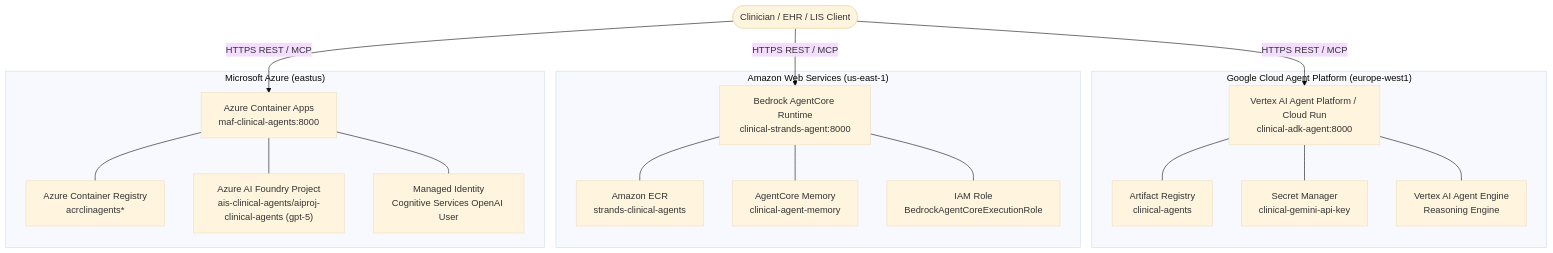
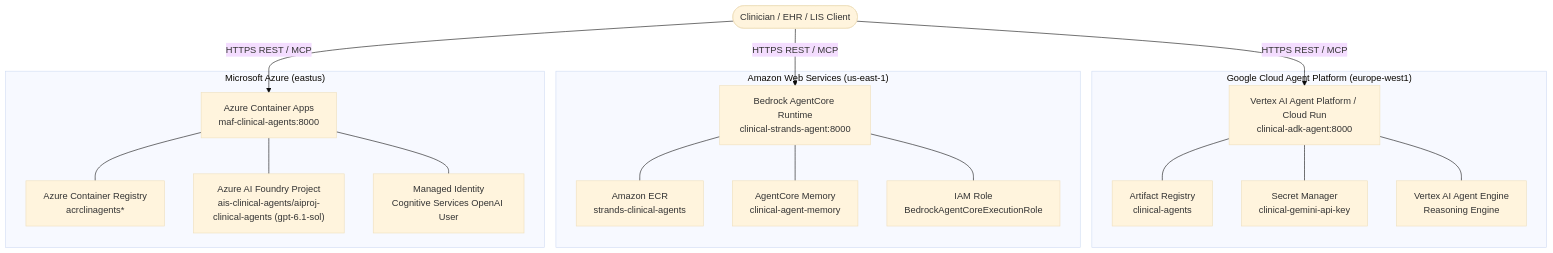
Before and after one commit to amitpuri/multiagent-retrieval-gaps: the first of 2 diagrams in deployment/README.md, drawn with Mermaid (base theme). The commit also changed other lines of this file and 4 other files, not shown here.

````diff
--- a/deployment/README.md
+++ b/deployment/README.md
@@ -13,38 +13,38 @@
 ```mermaid
 flowchart TD
     Clinician([Clinician / EHR / LIS Client])
 
     subgraph GCP["Google Cloud Agent Platform (europe-west1)"]
         GCRun["Vertex AI Agent Platform / Cloud Run\nclinical-adk-agent:8000"]
         GAR["Artifact Registry\nclinical-agents"]
         GSM["Secret Manager\nclinical-gemini-api-key"]
         VAE["Vertex AI Agent Engine\nReasoning Engine"]
         GCRun --- GAR
         GCRun --- GSM
         GCRun --- VAE
     end
 
     subgraph AWS["Amazon Web Services (us-east-1)"]
         AgentCore["Bedrock AgentCore Runtime\nclinical-strands-agent:8000"]
         ECR["Amazon ECR\nstrands-clinical-agents"]
         Mem["AgentCore Memory\nclinical-agent-memory"]
         IAM_AC["IAM Role\nBedrockAgentCoreExecutionRole"]
         AgentCore --- ECR
         AgentCore --- Mem
         AgentCore --- IAM_AC
     end
 
     subgraph Azure["Microsoft Azure (eastus)"]
         ACA["Azure Container Apps\nmaf-clinical-agents:8000"]
         ACR["Azure Container Registry\nacrclinagents*"]
-        Foundry["Azure AI Foundry Project\nais-clinical-agents/aiproj-clinical-agents (gpt-5)"]
+        Foundry["Azure AI Foundry Project\nais-clinical-agents/aiproj-clinical-agents (gpt-6.1-sol)"]
         MI["Managed Identity\nCognitive Services OpenAI User"]
         ACA --- ACR
         ACA --- Foundry
         ACA --- MI
     end
 
     Clinician -->|HTTPS REST / MCP| GCRun
     Clinician -->|HTTPS REST / MCP| AgentCore
     Clinician -->|HTTPS REST / MCP| ACA
 ```
````
